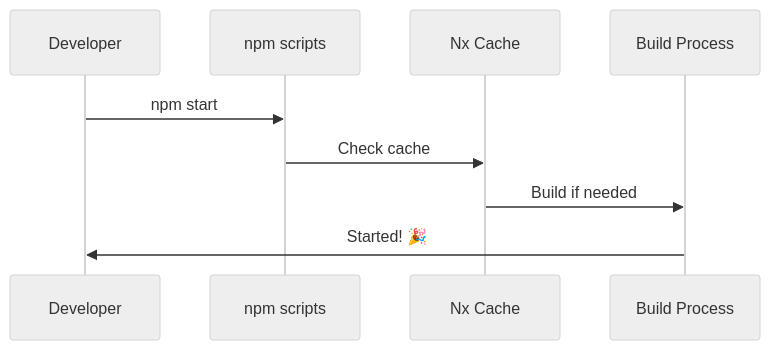
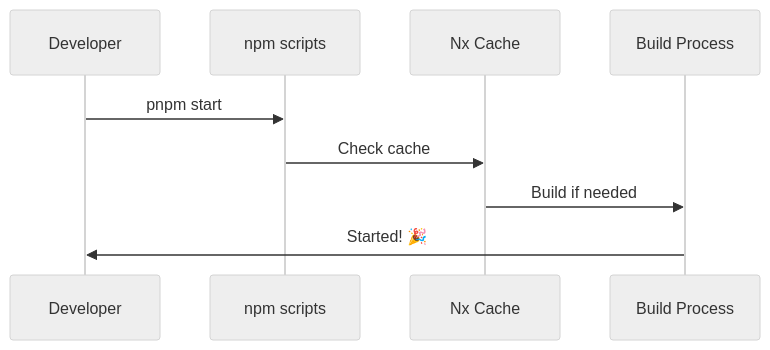
One commit to JeffreySanford/craft-fusion changed the second of 4 diagrams in documentation/installation.md. Above: the diagram before and after it, drawn with Mermaid (neutral theme). The commit also changed other lines of this file and 172 other files, not shown here.

````diff
--- a/documentation/installation.md
+++ b/documentation/installation.md
@@ -156,12 +156,12 @@
 ```mermaid
 sequenceDiagram
     participant Dev as Developer
     participant NPM as npm scripts
     participant NX as Nx Cache
     participant Build as Build Process
     
-    Dev->>NPM: npm start
+    Dev->>NPM: pnpm start
     NPM->>NX: Check cache
     NX->>Build: Build if needed
     Build->>Dev: Started! 🎉
 ```
````
